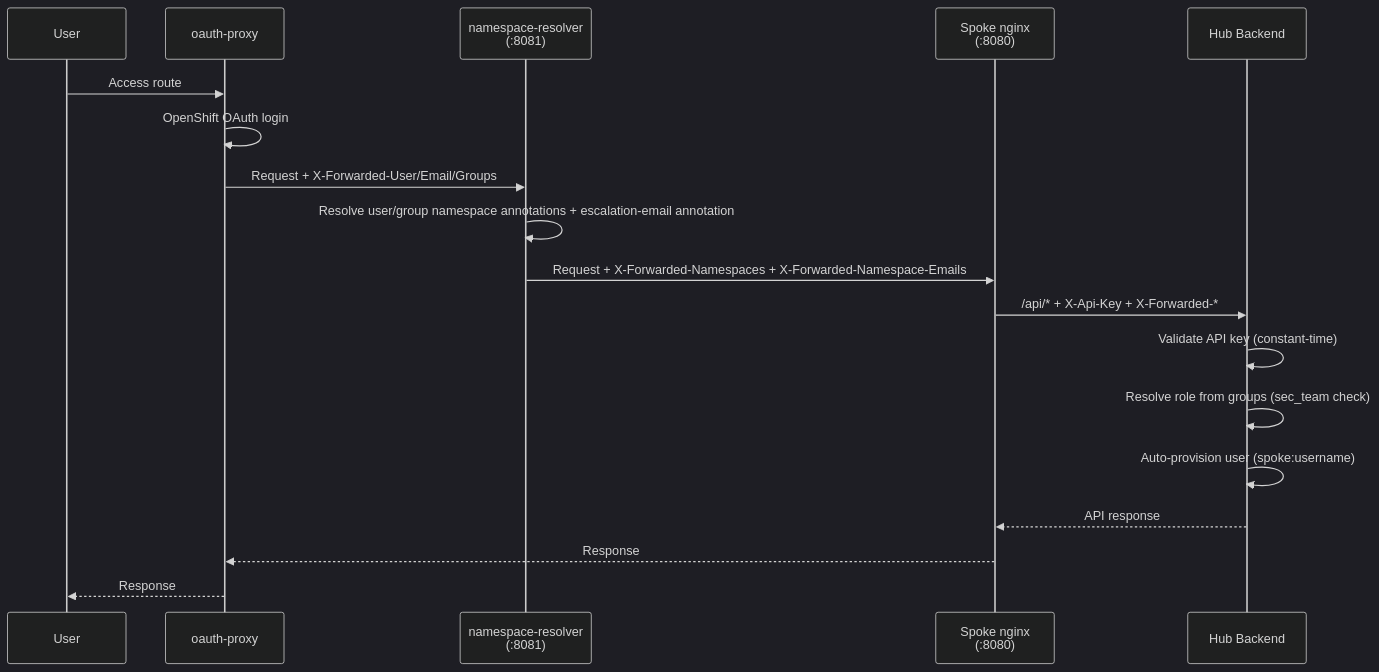
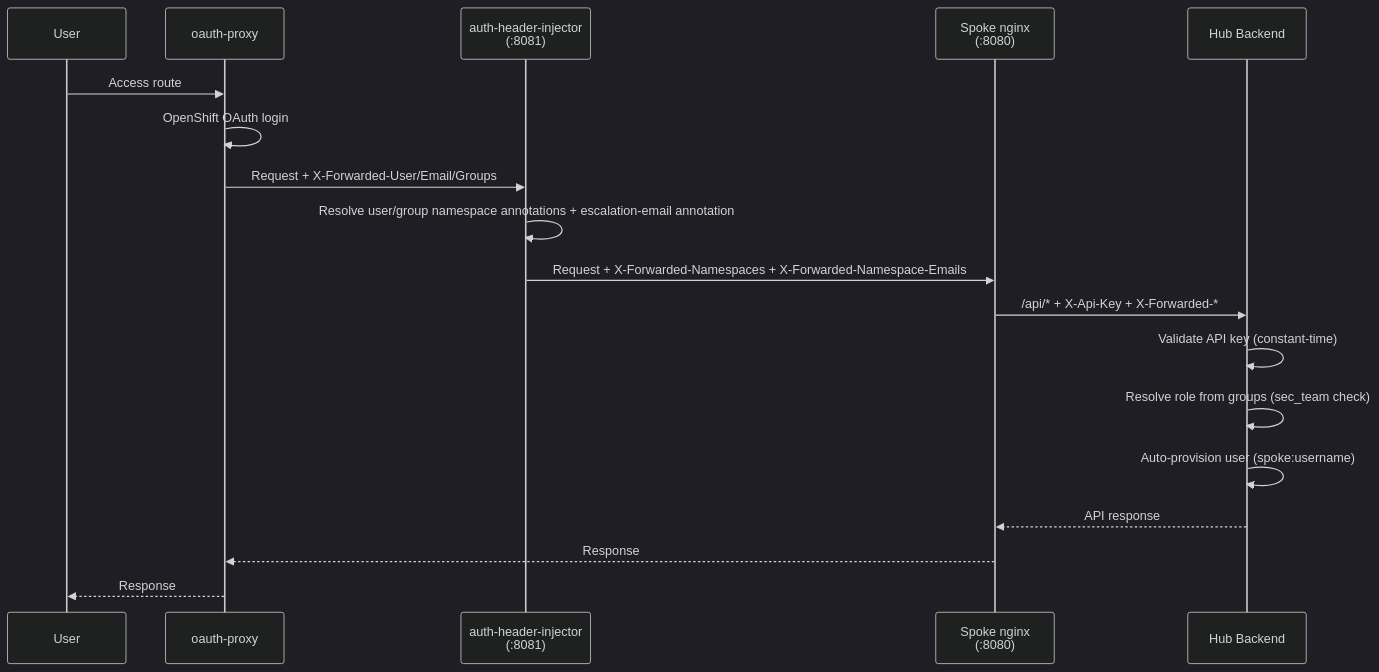
The fourth of 4 diagrams in docs/architecture.md (dadav/rhacs-manager), drawn with Mermaid (dark theme) before and after one commit. The commit also changed other lines of this file and 23 other files, not shown here.

Commit message:
chore: Renamed namespace-resolver to auth-header-injector

````diff
--- a/docs/architecture.md
+++ b/docs/architecture.md
@@ -133,21 +133,21 @@
 ```mermaid
 sequenceDiagram
     participant User
     participant OAuth as oauth-proxy
-    participant NR as namespace-resolver<br/>(:8081)
+    participant NR as auth-header-injector<br/>(:8081)
     participant Nginx as Spoke nginx<br/>(:8080)
     participant Hub as Hub Backend
 
     User->>OAuth: Access route
     OAuth->>OAuth: OpenShift OAuth login
     OAuth->>NR: Request + X-Forwarded-User/Email/Groups
     NR->>NR: Resolve user/group namespace annotations + escalation-email annotation
     NR->>Nginx: Request + X-Forwarded-Namespaces + X-Forwarded-Namespace-Emails
     Nginx->>Hub: /api/* + X-Api-Key + X-Forwarded-*
     Hub->>Hub: Validate API key (constant-time)
     Hub->>Hub: Resolve role from groups (sec_team check)
     Hub->>Hub: Auto-provision user (spoke:username)
     Hub-->>Nginx: API response
     Nginx-->>OAuth: Response
     OAuth-->>User: Response
 ```
````
